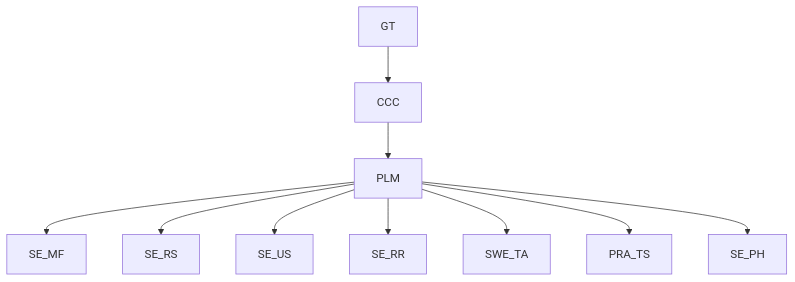
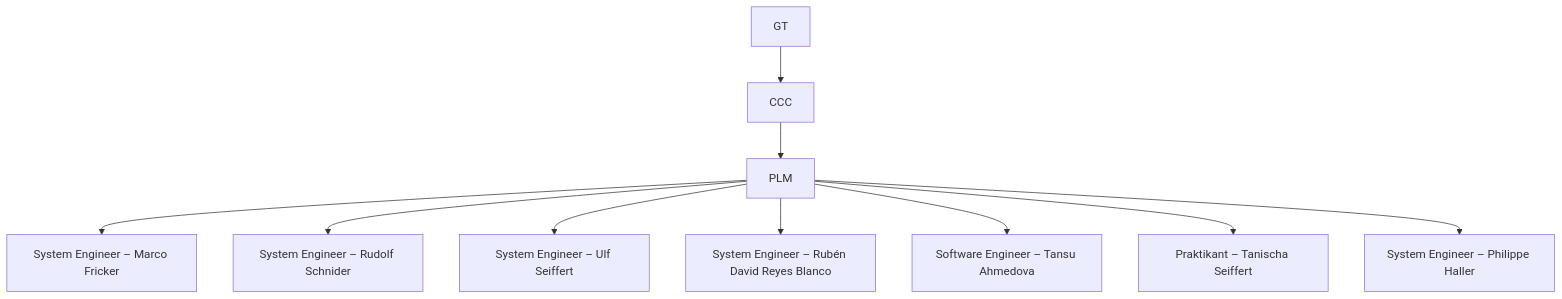
The diagram in prompts/wissenbasis/antworten/test.md (mikealkmeier/prompt-bibliothek), drawn with Mermaid before and after one commit.

````diff
--- a/prompts/wissenbasis/antworten/test.md
+++ b/prompts/wissenbasis/antworten/test.md
@@ -1,13 +1,21 @@
 ```mermaid
 graph TB
+  SE_MF[System Engineer – Marco Fricker]
+  SE_RS[System Engineer – Rudolf Schnider]
+  SE_US[System Engineer – Ulf Seiffert]
+  SE_RR[System Engineer – Rubén David Reyes Blanco]
+  SWE_TA[Software Engineer – Tansu Ahmedova]
+  PRA_TS[Praktikant – Tanischa Seiffert]
+  SE_PH[System Engineer – Philippe Haller]
+
   GT --> CCC
   CCC --> PLM
   PLM --> SE_MF
   PLM --> SE_RS
   PLM --> SE_US
   PLM --> SE_RR
   PLM --> SWE_TA
   PLM --> PRA_TS
   PLM --> SE_PH
 
 ```
````
